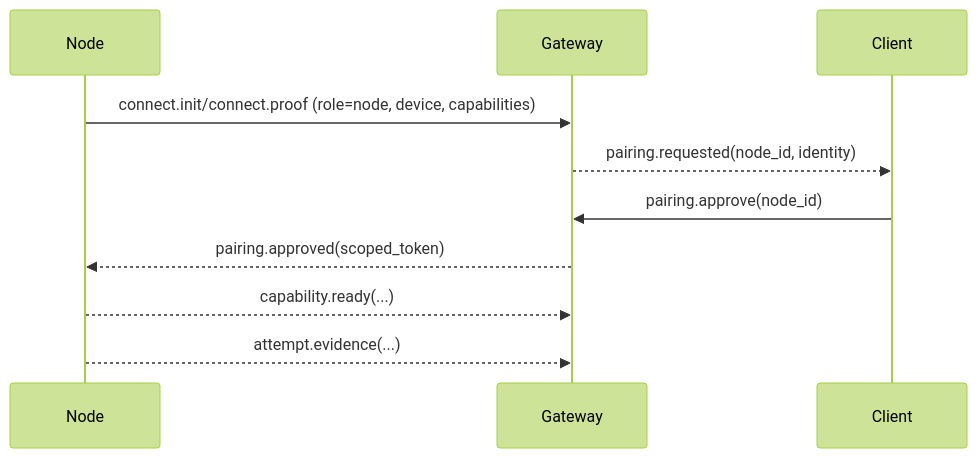
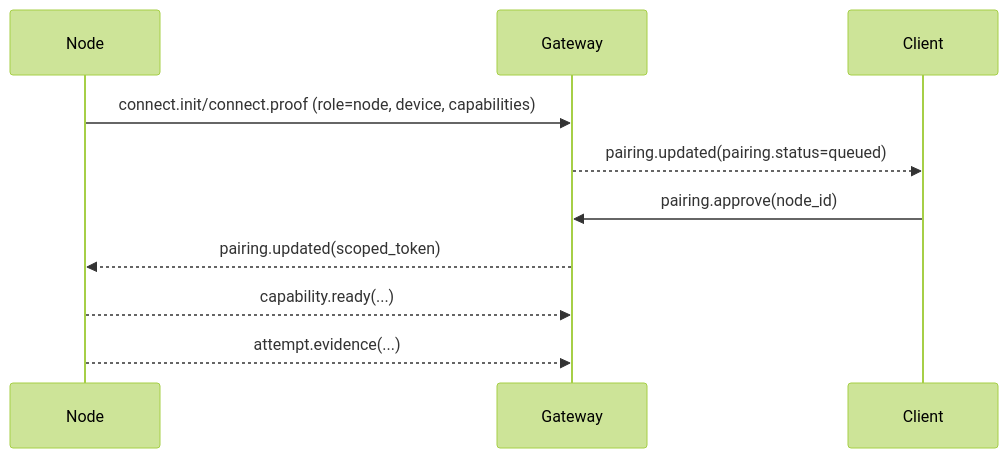
One commit to tyrumai/tyrum changed the diagram in docs/architecture/node.md. Above: the diagram before and after it, drawn with Mermaid (forest theme). The commit also changed 12 other files, not shown here.

````diff
--- a/docs/architecture/node.md
+++ b/docs/architecture/node.md
@@ -60,13 +60,13 @@
 ```mermaid
 sequenceDiagram
   participant Node
   participant Gateway
   participant Client
 
   Node->>Gateway: connect.init/connect.proof (role=node, device, capabilities)
-  Gateway-->>Client: pairing.requested(node_id, identity)
+  Gateway-->>Client: pairing.updated(pairing.status=queued)
   Client->>Gateway: pairing.approve(node_id)
-  Gateway-->>Node: pairing.approved(scoped_token)
+  Gateway-->>Node: pairing.updated(scoped_token)
   Node-->>Gateway: capability.ready(...)
   Node-->>Gateway: attempt.evidence(...)
 ```
````
